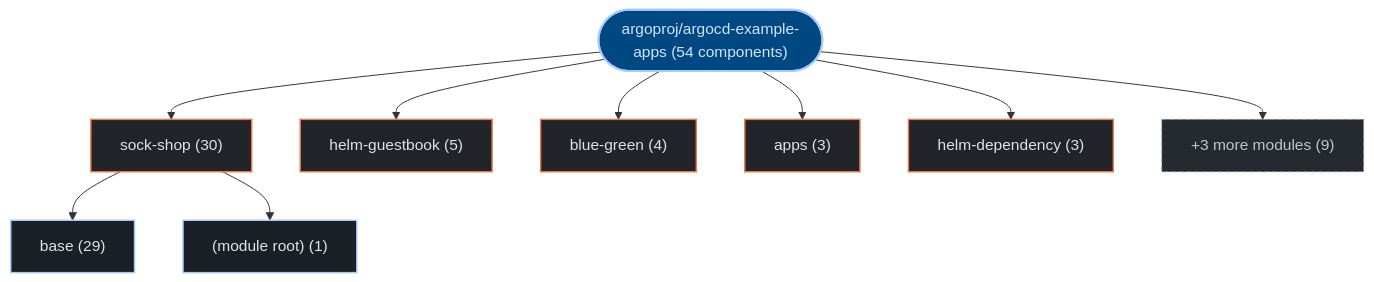
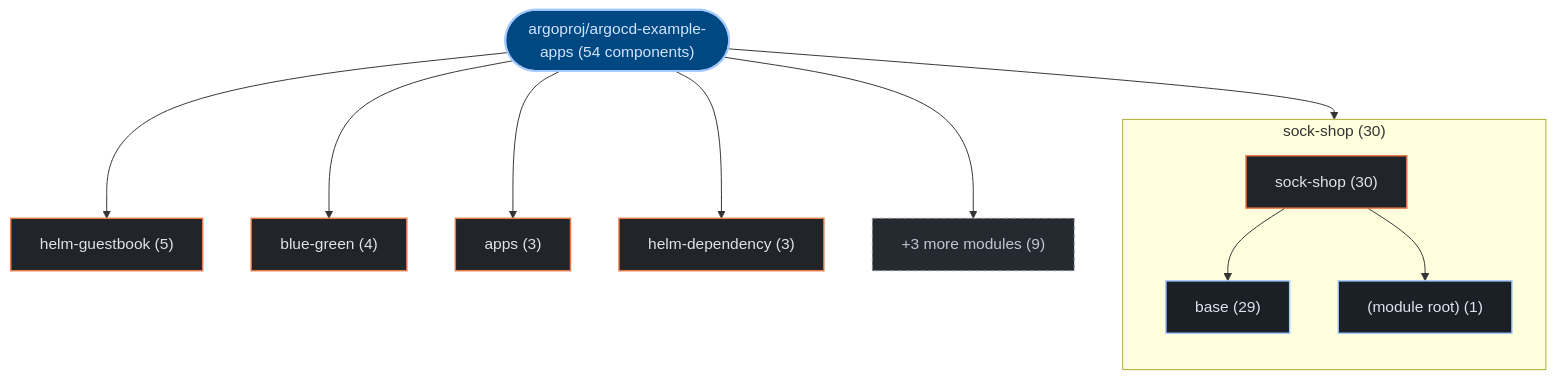
One commit to kumarshaz/atruss-code-atlas changed the first of 2 diagrams in exports/latest/reports/argoproj-argocd-example-apps-report.md. Above: the diagram before and after it, drawn with Mermaid. The commit also changed 178 other files, not shown here.

Commit message:
feat(ui,mermaid): upgrade to mermaid v12 + ELK layout, add orgs-summary + pagination, subgraph building blocks, fix tab alignment

````diff
--- a/exports/latest/reports/argoproj-argocd-example-apps-report.md
+++ b/exports/latest/reports/argoproj-argocd-example-apps-report.md
@@ -41,27 +41,30 @@
 ```mermaid
 graph TD;
   classDef atlasRoot fill:#004882,stroke:#a3c9ff,stroke-width:2px,color:#d3e4ff
   classDef atlasCategory fill:#212428,stroke:#E87A48,stroke-width:1.5px,color:#dfe3eb
   classDef atlasWorkflow fill:#1b2026,stroke:#a3c9ff,stroke-width:1.5px,color:#dfe3eb
   classDef atlasJob fill:#171c22,stroke:#8d9199,stroke-width:1px,color:#dfe3eb
   classDef atlasTarget fill:#005227,stroke:#8bd99b,stroke-width:1.5px,color:#a7f6b6
   classDef atlasAlert fill:#93000a,stroke:#ffb4ab,stroke-width:1.5px,color:#ffdad6
   classDef atlasMore fill:#252a31,stroke:#8d9199,stroke-dasharray:4 4,color:#c3c6cf
     repo_root(["argoproj/argocd-example-apps (54 components)"]):::atlasRoot
-    dir_0_sock_shop["sock-shop (30)"]:::atlasCategory
+    subgraph sg_dir_0_sock_shop["sock-shop (30)"]
+      direction TB
+      dir_0_sock_shop["sock-shop (30)"]:::atlasCategory
+      sub_0_0_base["base (29)"]:::atlasWorkflow
+      dir_0_sock_shop --> sub_0_0_base
+      sub_0_1__module_root_["(module root) (1)"]:::atlasWorkflow
+      dir_0_sock_shop --> sub_0_1__module_root_
+    end
     repo_root --> dir_0_sock_shop
-    sub_0_0_base["base (29)"]:::atlasWorkflow
-    dir_0_sock_shop --> sub_0_0_base
-    sub_0_1__module_root_["(module root) (1)"]:::atlasWorkflow
-    dir_0_sock_shop --> sub_0_1__module_root_
     dir_1_helm_guestbook["helm-guestbook (5)"]:::atlasCategory
     repo_root --> dir_1_helm_guestbook
     dir_2_blue_green["blue-green (4)"]:::atlasCategory
     repo_root --> dir_2_blue_green
     dir_3_apps["apps (3)"]:::atlasCategory
     repo_root --> dir_3_apps
     dir_4_helm_dependency["helm-dependency (3)"]:::atlasCategory
     repo_root --> dir_4_helm_dependency
     dir_other_modules["+3 more modules (9)"]:::atlasMore
     repo_root --> dir_other_modules
 ```
````
